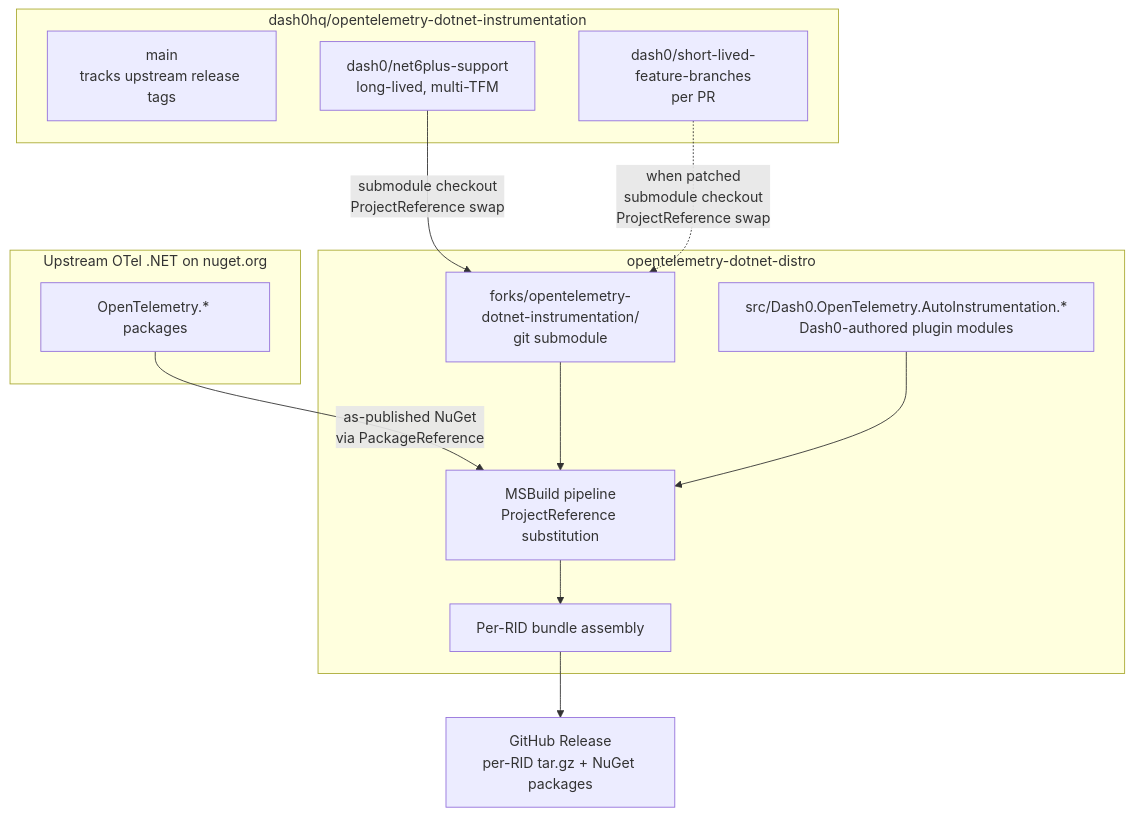
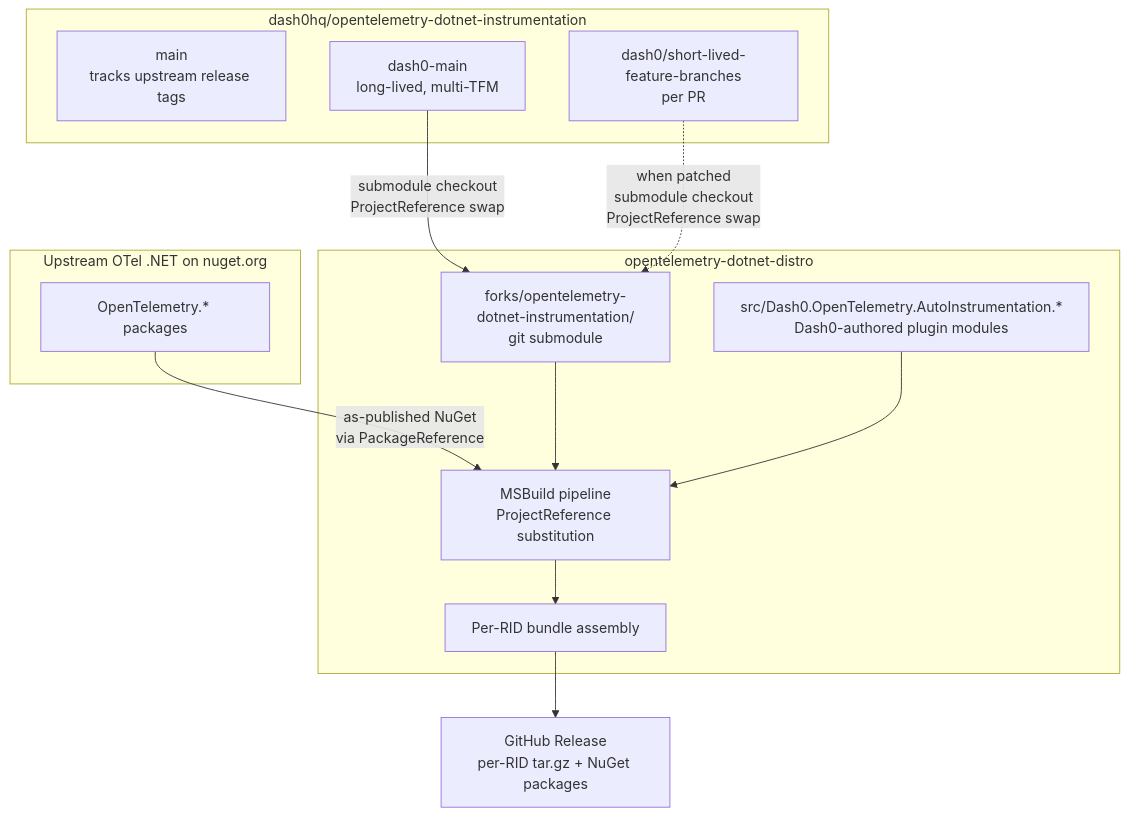
The first of 2 diagrams in docs/plans/2026-07-17-001-feat-dash0-otel-dotnet-distro-plan.md (dash0hq/opentelemetry-dotnet-distribution), drawn with Mermaid before and after one commit. The commit also changed other lines of this file and 3 other files, not shown here.

First line of the commit message:
docs: rename dash0/net6plus-support -> dash0-main

````diff
--- a/docs/plans/2026-07-17-001-feat-dash0-otel-dotnet-distro-plan.md
+++ b/docs/plans/2026-07-17-001-feat-dash0-otel-dotnet-distro-plan.md
@@ -139,24 +139,24 @@
 ```mermaid
 flowchart TB
   subgraph Upstream["Upstream OTel .NET on nuget.org"]
     U1[OpenTelemetry.* packages]
   end
   subgraph Fork["dash0hq/opentelemetry-dotnet-instrumentation"]
     F1[main<br/>tracks upstream release tags]
-    F2[dash0/net6plus-support<br/>long-lived, multi-TFM]
+    F2[dash0-main<br/>long-lived, multi-TFM]
     F3[dash0/short-lived-feature-branches<br/>per PR]
   end
   subgraph Distro["opentelemetry-dotnet-distro"]
     D1[forks/opentelemetry-dotnet-instrumentation/<br/>git submodule]
     D2[src/Dash0.OpenTelemetry.AutoInstrumentation.*<br/>Dash0-authored plugin modules]
     D3[MSBuild pipeline<br/>ProjectReference substitution]
     D4[Per-RID bundle assembly]
   end
   U1 -->|as-published NuGet<br/>via PackageReference| D3
   F2 -->|submodule checkout<br/>ProjectReference swap| D1
   F3 -.->|when patched<br/>submodule checkout<br/>ProjectReference swap| D1
   D1 --> D3
   D2 --> D3
   D3 --> D4
   D4 --> Release[GitHub Release<br/>per-RID tar.gz + NuGet packages]
 ```
````
